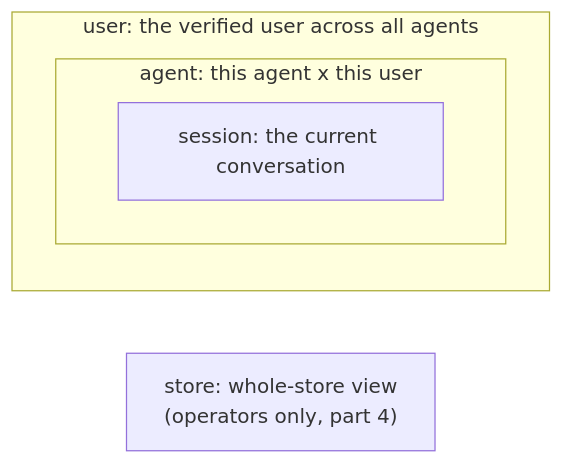
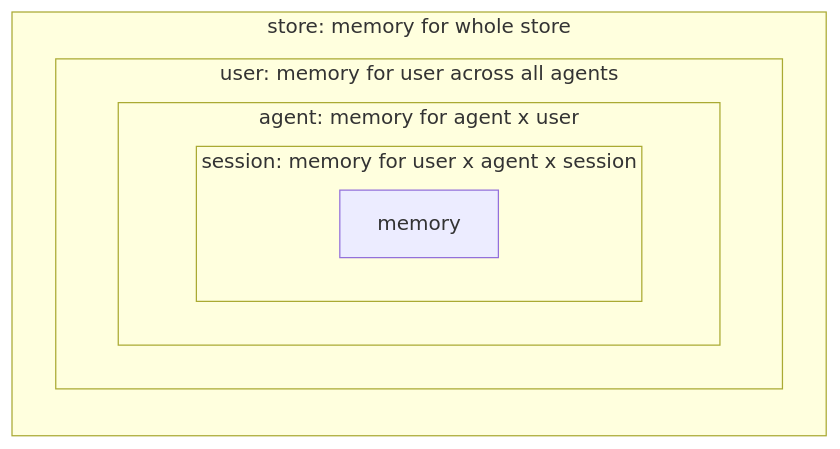
Before and after one commit to axsaucedo/kaos-adrs: the third of 5 diagrams in memory/blog/BLOGPOST_DRAFT_PART_2.md, drawn with Mermaid. The commit also changed other lines of this file, not shown here.

Commit message:
Updated part 2

````diff
--- a/memory/blog/BLOGPOST_DRAFT_PART_2.md
+++ b/memory/blog/BLOGPOST_DRAFT_PART_2.md
@@ -102,9 +108,12 @@
 ```mermaid
 graph LR
-  subgraph user["user: the verified user across all agents"]
-    subgraph agent["agent: this agent x this user"]
-      session["session: the current conversation"]
+  subgraph store["store: memory for whole store"]
+    subgraph user["user: memory for user across all agents"]
+      subgraph agent["agent: memory for agent x user"]
+        subgraph session["session: memory for user x agent x session"]
+	       memory
+        end
+      end
     end
   end
-  store["store: whole-store view<br/>(operators only, part 4)"]
 ```
````
